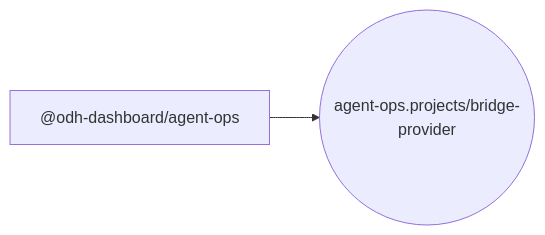
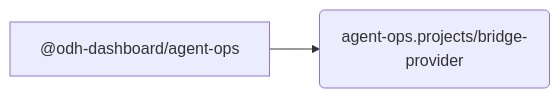
Before and after one commit to mturley/odh-dashboard: the first of 2 diagrams in packages/agent-ops/docs/extensions.md, drawn with Mermaid. The commit also changed other lines of this file and 24 other files, not shown here.

````diff
--- a/packages/agent-ops/docs/extensions.md
+++ b/packages/agent-ops/docs/extensions.md
@@ -29,6 +29,6 @@
 ```mermaid
 flowchart LR
   pkg_n__odh_dashboard_agent_ops_232eca["@odh-dashboard/agent-ops"]
-  point_n_agent_ops_projects_bridge_provider_e5b4cf(("agent-ops.projects/bridge-provider"))
+  point_n_agent_ops_projects_bridge_provider_e5b4cf("agent-ops.projects/bridge-provider")
   pkg_n__odh_dashboard_agent_ops_232eca --> point_n_agent_ops_projects_bridge_provider_e5b4cf
 ```
````
